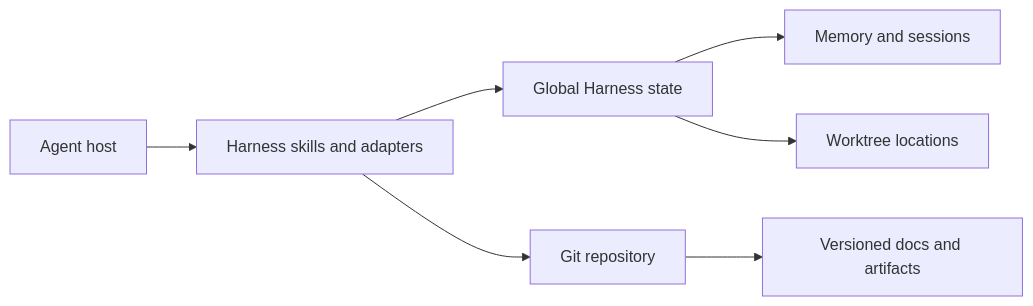
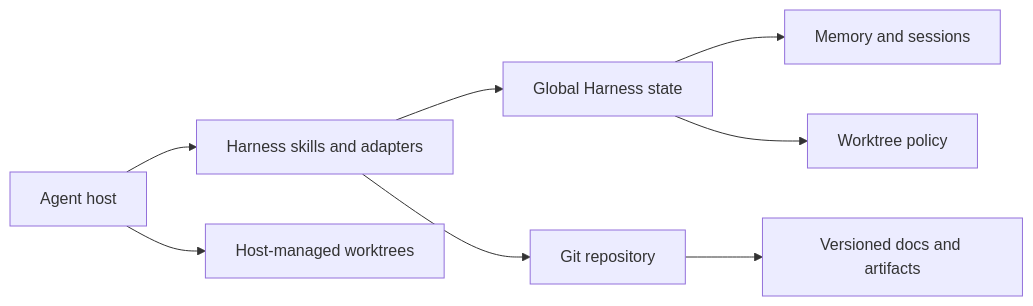
Before and after one commit to cekrauseee/harness: the diagram in docs/architecture.md, drawn with Mermaid. The commit also changed other lines of this file and 12 other files, not shown here.

````diff
--- a/docs/architecture.md
+++ b/docs/architecture.md
@@ -5,9 +5,10 @@
 ```mermaid
 flowchart LR
   Host["Agent host"] --> Skills["Harness skills and adapters"]
   Skills --> State["Global Harness state"]
   Skills --> Git["Git repository"]
   State --> Memory["Memory and sessions"]
-  State --> Worktrees["Worktree locations"]
+  State --> Policy["Worktree policy"]
+  Host --> Worktrees["Host-managed worktrees"]
   Git --> Docs["Versioned docs and artifacts"]
 ```
````
